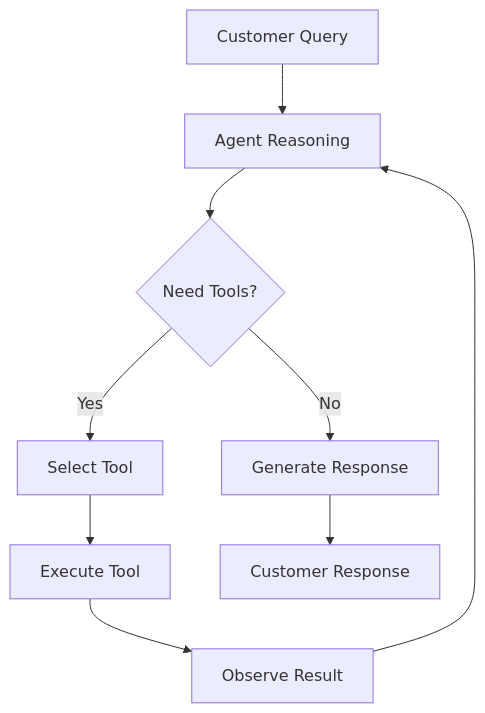
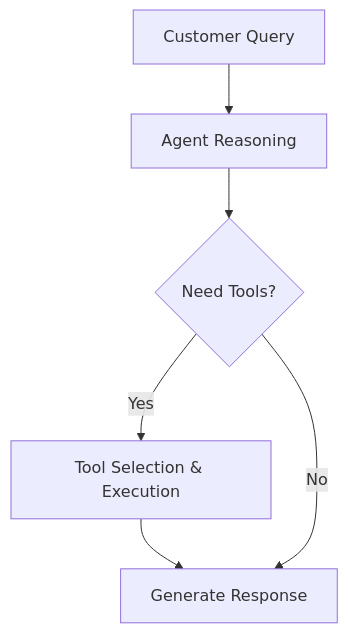
Before and after one commit to sunraymoonbeam/carroGPT: the first of 2 diagrams in README.md, drawn with Mermaid. The commit also changed other lines of this file, not shown here.

````diff
--- a/README.md
+++ b/README.md
@@ -368,11 +374,8 @@
 ```mermaid
 graph TD
     A[Customer Query] --> B[Agent Reasoning]
     B --> C{Need Tools?}
-    C -->|Yes| D[Select Tool]
-    D --> E[Execute Tool]
-    E --> F[Observe Result]
-    F --> B
-    C -->|No| G[Generate Response]
-    G --> H[Customer Response]
+    C -->|Yes| D[Tool Selection & Execution]
+    D --> E[Generate Response]
+    C -->|No| E
 ```
````
